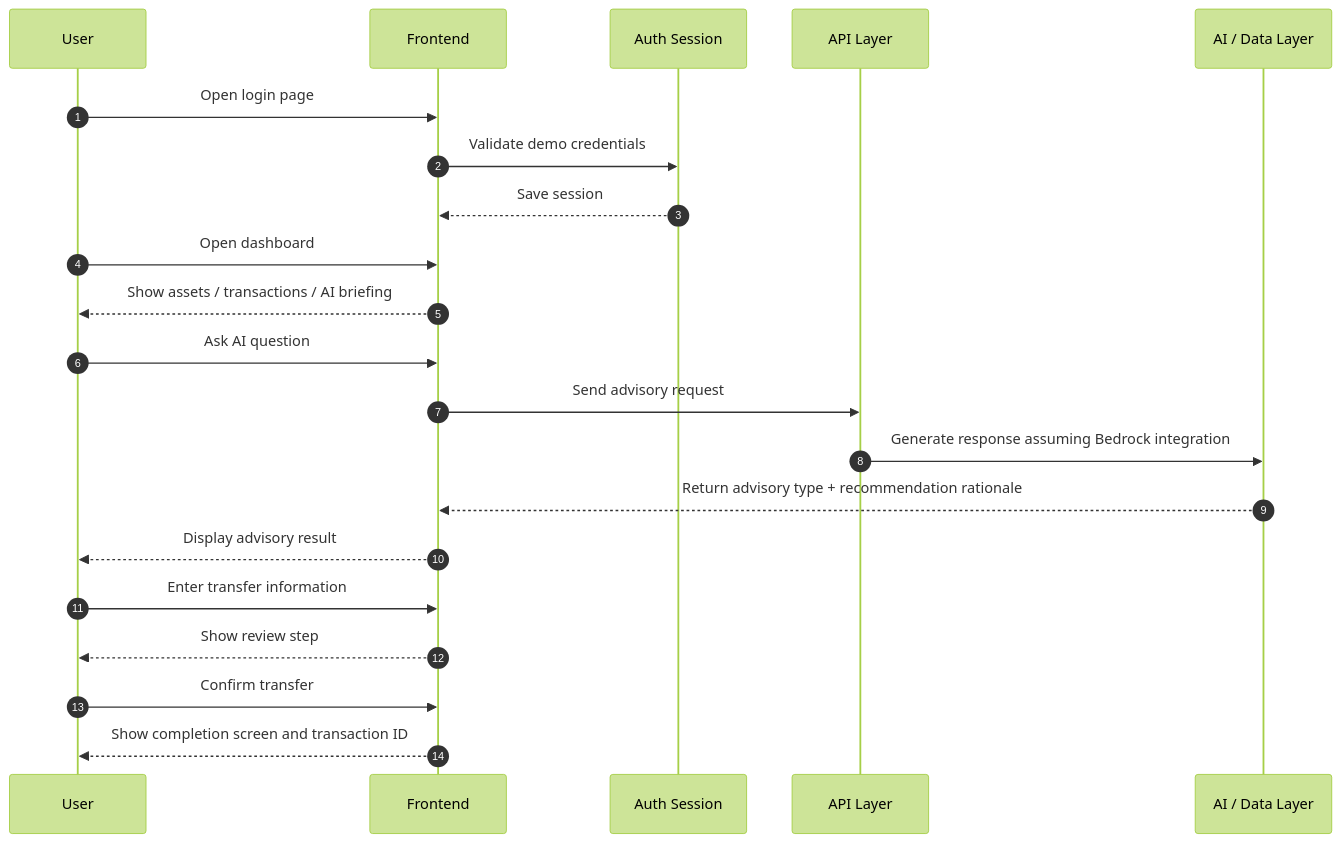
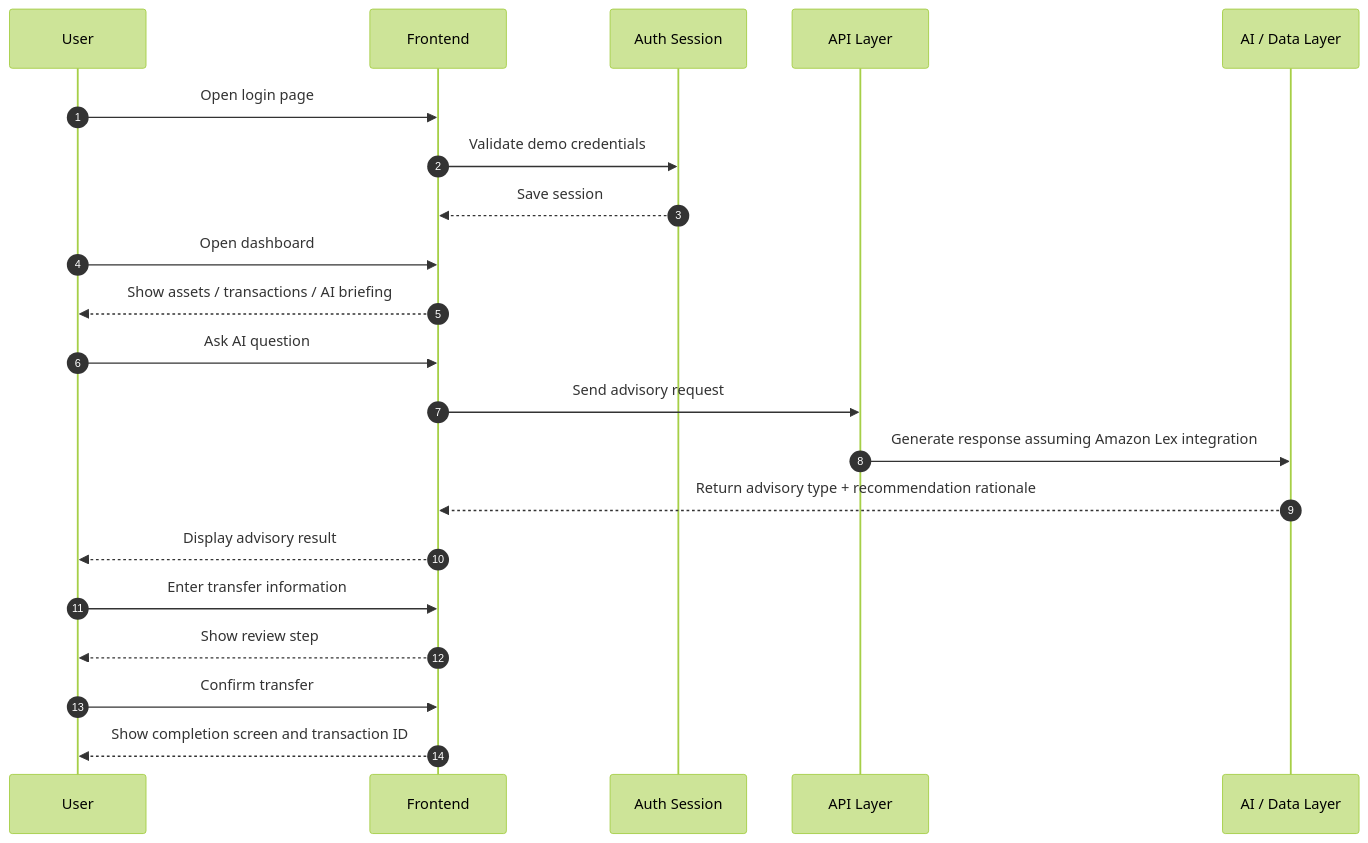
One commit to speed6569-pixel/BankFlow changed the second of 2 diagrams in README.en.md. Above: the diagram before and after it, drawn with Mermaid (forest theme). The commit also changed other lines of this file and 8 other files, not shown here.

````diff
--- a/README.en.md
+++ b/README.en.md
@@ -152,24 +152,24 @@
 ```mermaid
 sequenceDiagram
     autonumber
     participant U as User
     participant FE as Frontend
     participant AU as Auth Session
     participant API as API Layer
     participant AI as AI / Data Layer
 
     U->>FE: Open login page
     FE->>AU: Validate demo credentials
     AU-->>FE: Save session
     U->>FE: Open dashboard
     FE-->>U: Show assets / transactions / AI briefing
     U->>FE: Ask AI question
     FE->>API: Send advisory request
-    API->>AI: Generate response assuming Bedrock integration
+    API->>AI: Generate response assuming Amazon Lex integration
     AI-->>FE: Return advisory type + recommendation rationale
     FE-->>U: Display advisory result
     U->>FE: Enter transfer information
     FE-->>U: Show review step
     U->>FE: Confirm transfer
     FE-->>U: Show completion screen and transaction ID
 ```
````
